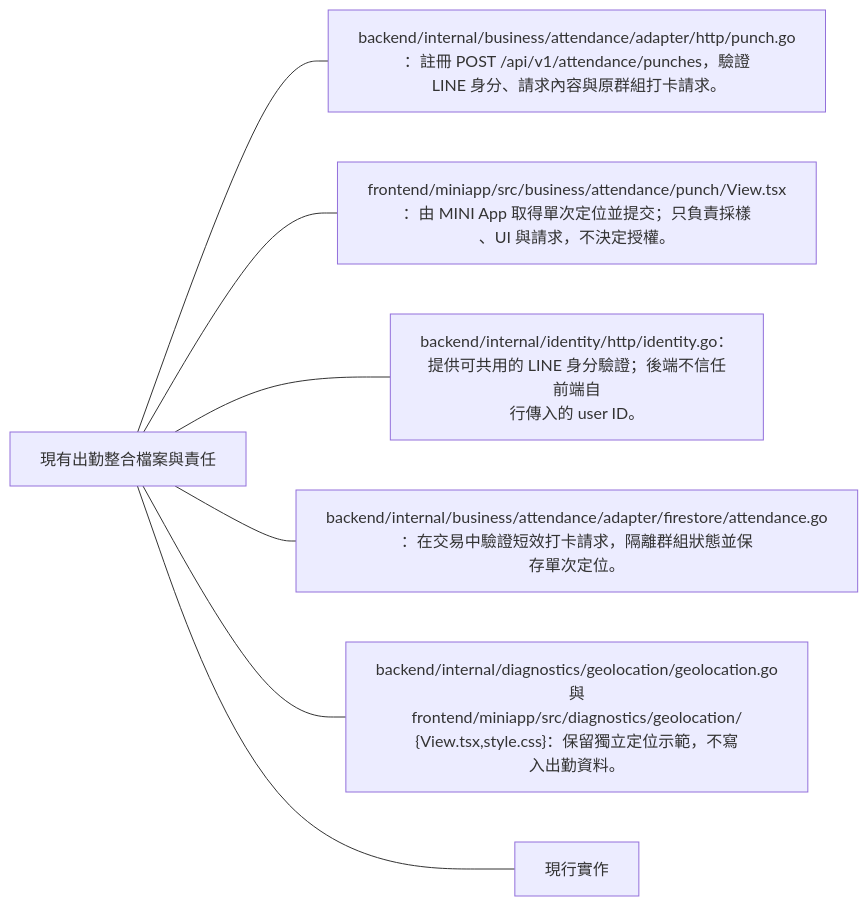
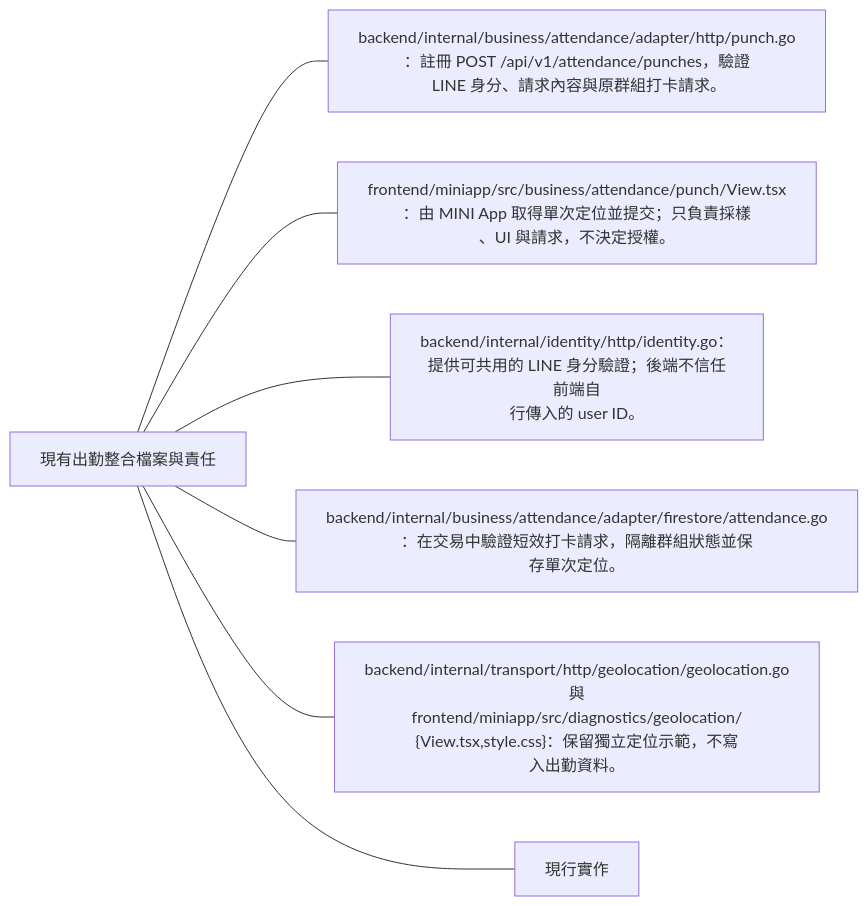
Diagram 12 of 14 in docs/architecture/integrations/web-geolocation.md (963sup/line-mini-app-bot), drawn with Mermaid before and after one commit. The commit also changed other lines of this file and 154 other files, not shown here.

````diff
--- a/docs/architecture/integrations/web-geolocation.md
+++ b/docs/architecture/integrations/web-geolocation.md
@@ -98,10 +98,10 @@
 ```mermaid
 flowchart LR
   h["現有出勤整合檔案與責任"]
   h --- n0["backend/internal/business/attendance/adapter/http/punch.go<br/>：註冊 POST /api/v1/attendance/punches，驗證<br/> LINE 身分、請求內容與原群組打卡請求。"]
   h --- n1["frontend/miniapp/src/business/attendance/punch/View.tsx<br/>：由 MINI App 取得單次定位並提交；只負責採樣<br/>、UI 與請求，不決定授權。"]
   h --- n2["backend/internal/identity/http/identity.go：<br/>提供可共用的 LINE 身分驗證；後端不信任前端自<br/>行傳入的 user ID。"]
   h --- n3["backend/internal/business/attendance/adapter/firestore/attendance.go<br/>：在交易中驗證短效打卡請求，隔離群組狀態並保<br/>存單次定位。"]
-  h --- n4["backend/internal/diagnostics/geolocation/geolocation.go<br/> 與 <br/>frontend/miniapp/src/diagnostics/geolocation/<br/>{View.tsx,style.css}：保留獨立定位示範，不寫<br/>入出勤資料。"]
+  h --- n4["backend/internal/transport/http/geolocation/geolocation.go<br/> 與 <br/>frontend/miniapp/src/diagnostics/geolocation/<br/>{View.tsx,style.css}：保留獨立定位示範，不寫<br/>入出勤資料。"]
   h --- n5["現行實作"]
 ```
````
